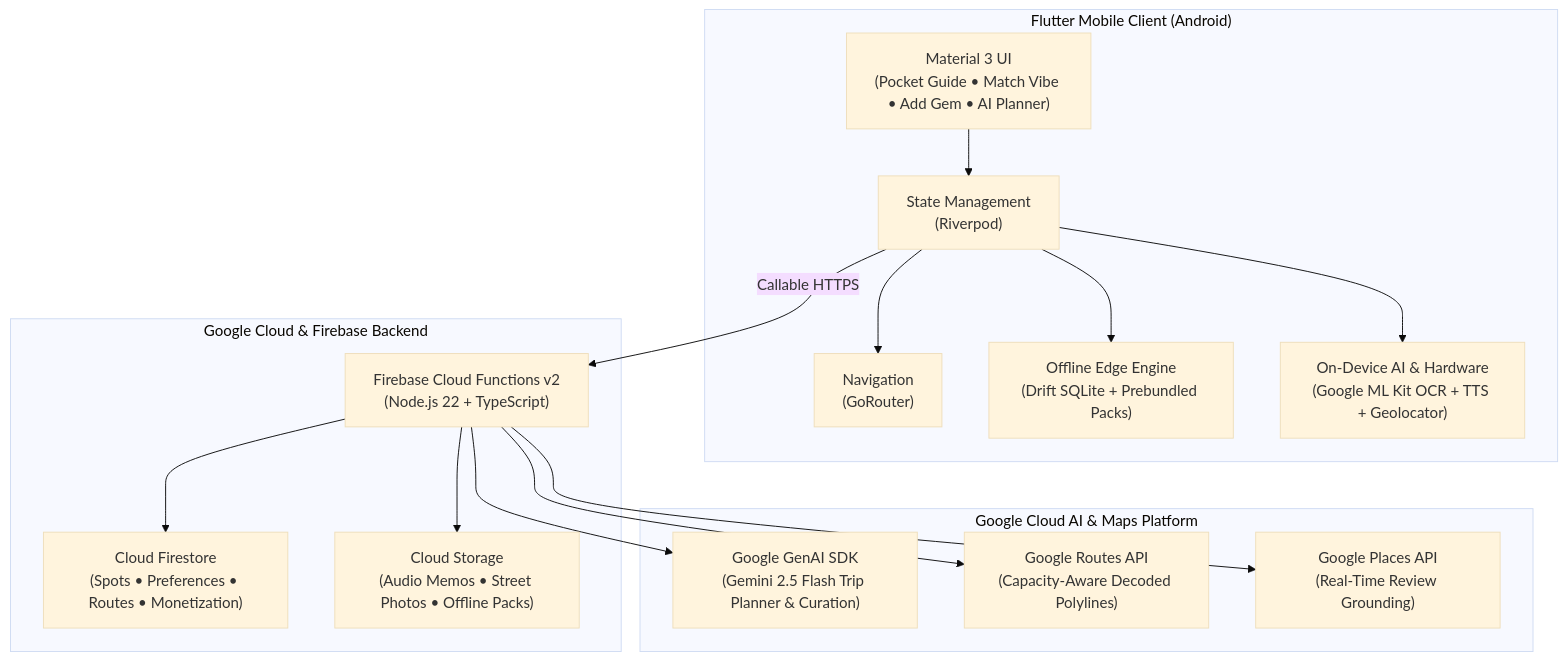
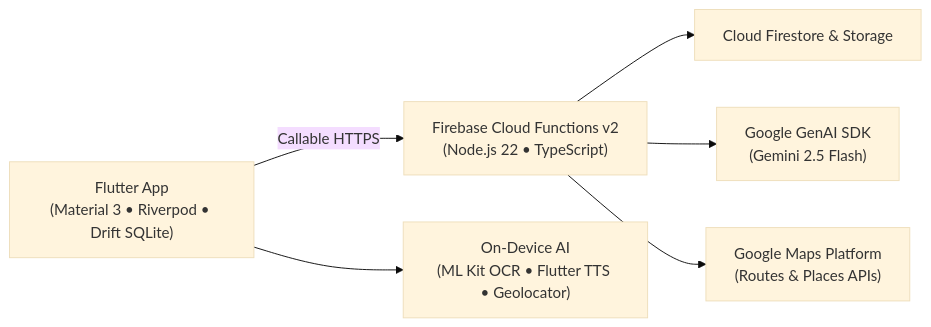
Before and after one commit to Akhil-0190/locallens-app-prototype: the diagram in README.md, drawn with Mermaid (base theme). The commit also changed other lines of this file, not shown here.

````diff
--- a/README.md
+++ b/README.md
@@ -95,36 +48,8 @@
 ```mermaid
-graph TB
-    subgraph Client ["Flutter Mobile Client (Android)"]
-        UI["Material 3 UI\n(Pocket Guide • Match Vibe • Add Gem • AI Planner)"]
-        State["State Management\n(Riverpod)"]
-        Router["Navigation\n(GoRouter)"]
-        LocalDB["Offline Edge Engine\n(Drift SQLite + Prebundled Packs)"]
-        NativeAI["On-Device AI & Hardware\n(Google ML Kit OCR + TTS + Geolocator)"]
-        
-        UI --> State
-        State --> Router
-        State --> LocalDB
-        State --> NativeAI
-    end
-
-    subgraph Cloud ["Google Cloud & Firebase Backend"]
-        Functions["Firebase Cloud Functions v2\n(Node.js 22 + TypeScript)"]
-        Firestore["Cloud Firestore\n(Spots • Preferences • Routes • Monetization)"]
-        Storage["Cloud Storage\n(Audio Memos • Street Photos • Offline Packs)"]
-        
-        Functions --> Firestore
-        Functions --> Storage
-    end
-
-    subgraph AIPlatform ["Google Cloud AI & Maps Platform"]
-        Gemini["Google GenAI SDK\n(Gemini 2.5 Flash Trip Planner & Curation)"]
-        RoutesAPI["Google Routes API\n(Capacity-Aware Decoded Polylines)"]
-        PlacesAPI["Google Places API\n(Real-Time Review Grounding)"]
-        
-        Functions --> Gemini
-        Functions --> RoutesAPI
-        Functions --> PlacesAPI
-    end
-
-    State -->|Callable HTTPS| Functions
+flowchart LR
+    A["Flutter App\n(Material 3 • Riverpod • Drift SQLite)"] -->|Callable HTTPS| B["Firebase Cloud Functions v2\n(Node.js 22 • TypeScript)"]
+    B --> C["Cloud Firestore & Storage"]
+    B --> D["Google GenAI SDK\n(Gemini 2.5 Flash)"]
+    B --> E["Google Maps Platform\n(Routes & Places APIs)"]
+    A --> F["On-Device AI\n(ML Kit OCR • Flutter TTS • Geolocator)"]
 ```
````
